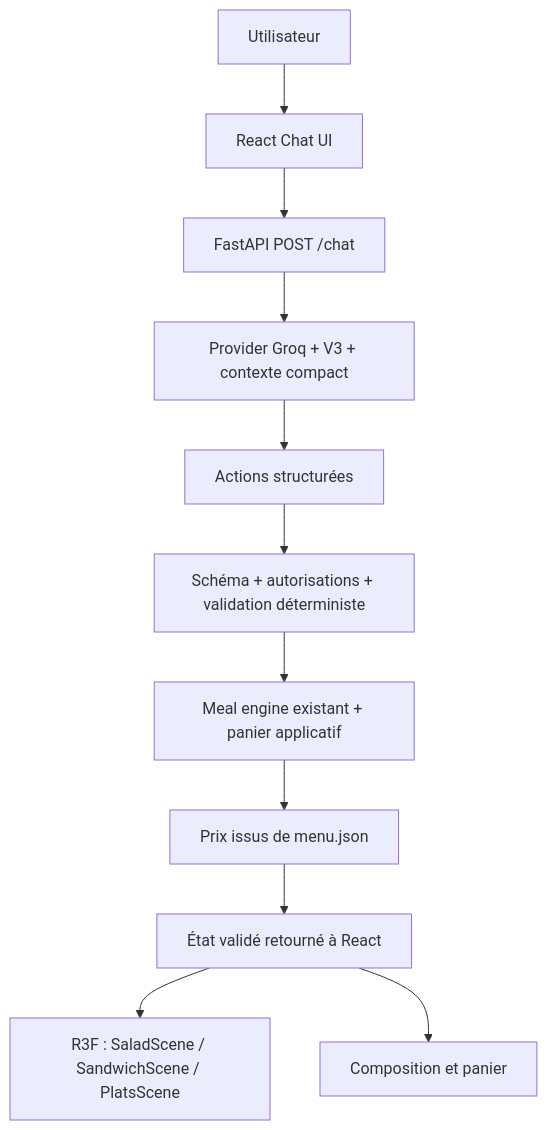
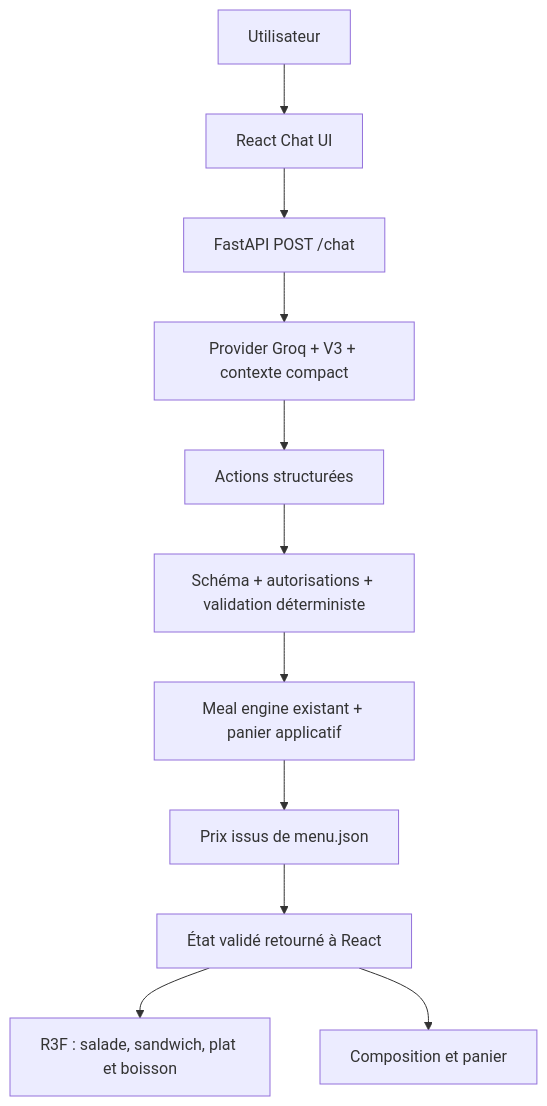
The diagram in README.md (GoatClipeR/12-koul), drawn with Mermaid before and after one commit. The commit also changed other lines of this file and 8 other files, not shown here.

````diff
--- a/README.md
+++ b/README.md
@@ -83,13 +182,13 @@
 ```mermaid
 flowchart TD
   U[Utilisateur] --> UI[React Chat UI]
   UI --> API[FastAPI POST /chat]
   API --> P[Provider Groq + V3 + contexte compact]
   P --> A[Actions structurées]
   A --> V[Schéma + autorisations + validation déterministe]
   V --> M[Meal engine existant + panier applicatif]
   M --> Q[Prix issus de menu.json]
   Q --> R[État validé retourné à React]
-  R --> S[R3F : SaladScene / SandwichScene / PlatsScene]
+  R --> S[R3F : salade, sandwich, plat et boisson]
   R --> C[Composition et panier]
 ```
````
